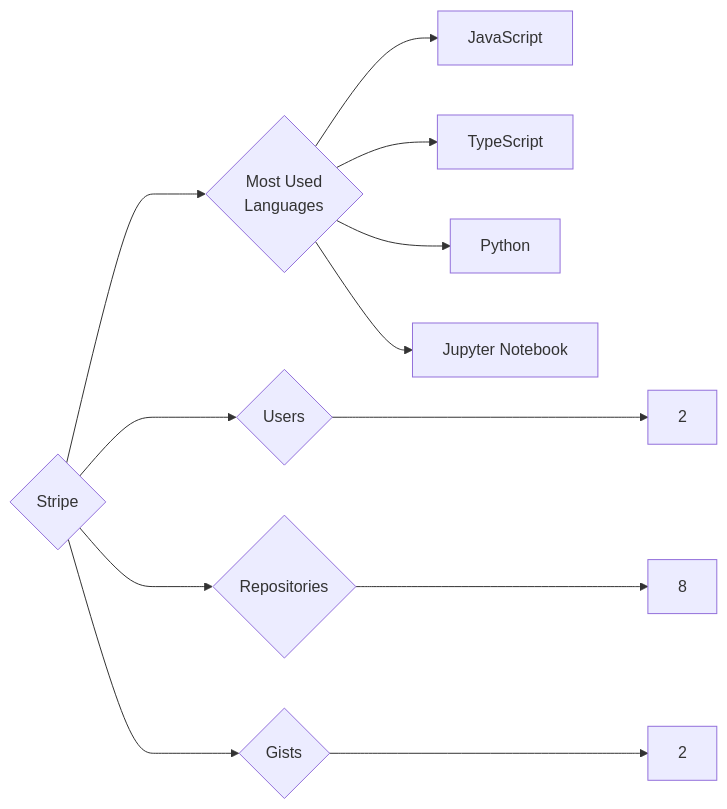
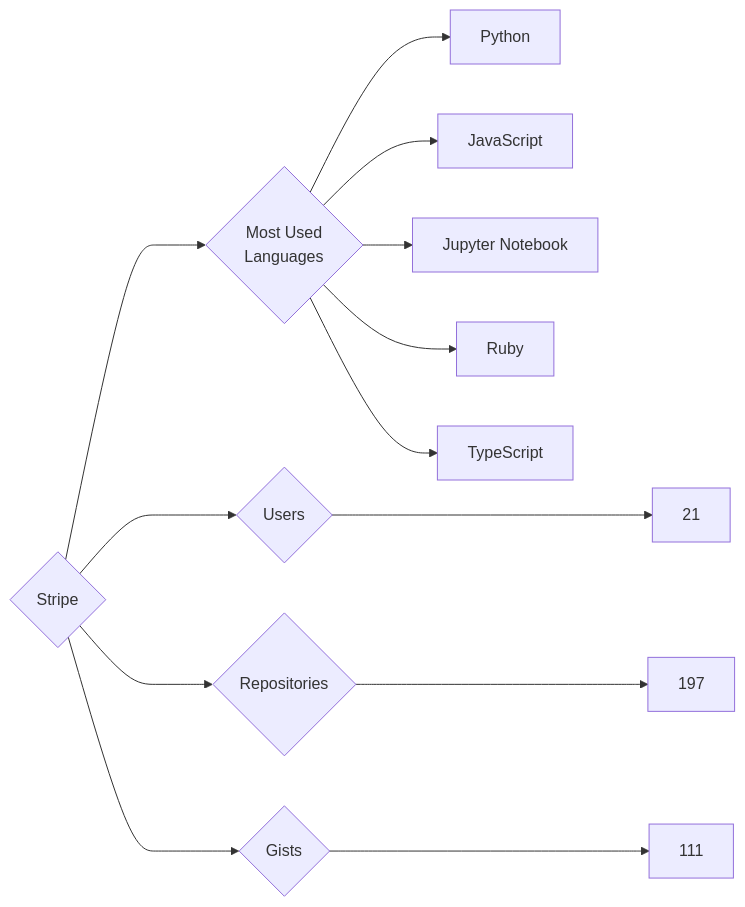
One commit to trickest/insiders changed the diagram in targets/Stripe/README.md. Above: the diagram before and after it, drawn with Mermaid. The commit also changed 995 other files, not shown here.

````diff
--- a/targets/Stripe/README.md
+++ b/targets/Stripe/README.md
@@ -3,12 +3,13 @@
 ```mermaid
 graph LR
 COMPANY_NAME{Stripe}
-COMPANY_NAME ---> U{Users} ---> UN[2]
-COMPANY_NAME ---> R{Repositories} ---> RN[8]
-COMPANY_NAME ---> G{Gists} ---> GN[2]
+COMPANY_NAME ---> U{Users} ---> UN[21]
+COMPANY_NAME ---> R{Repositories} ---> RN[197]
+COMPANY_NAME ---> G{Gists} ---> GN[111]
 COMPANY_NAME ---> ML{Most Used<br>Languages}
+ML --> Python[Python]
 ML --> JavaScript[JavaScript]
+ML --> Jupyter_Notebook[Jupyter Notebook]
+ML --> Ruby[Ruby]
 ML --> TypeScript[TypeScript]
-ML --> Python[Python]
-ML --> Jupyter_Notebook[Jupyter Notebook]
 ```
````
